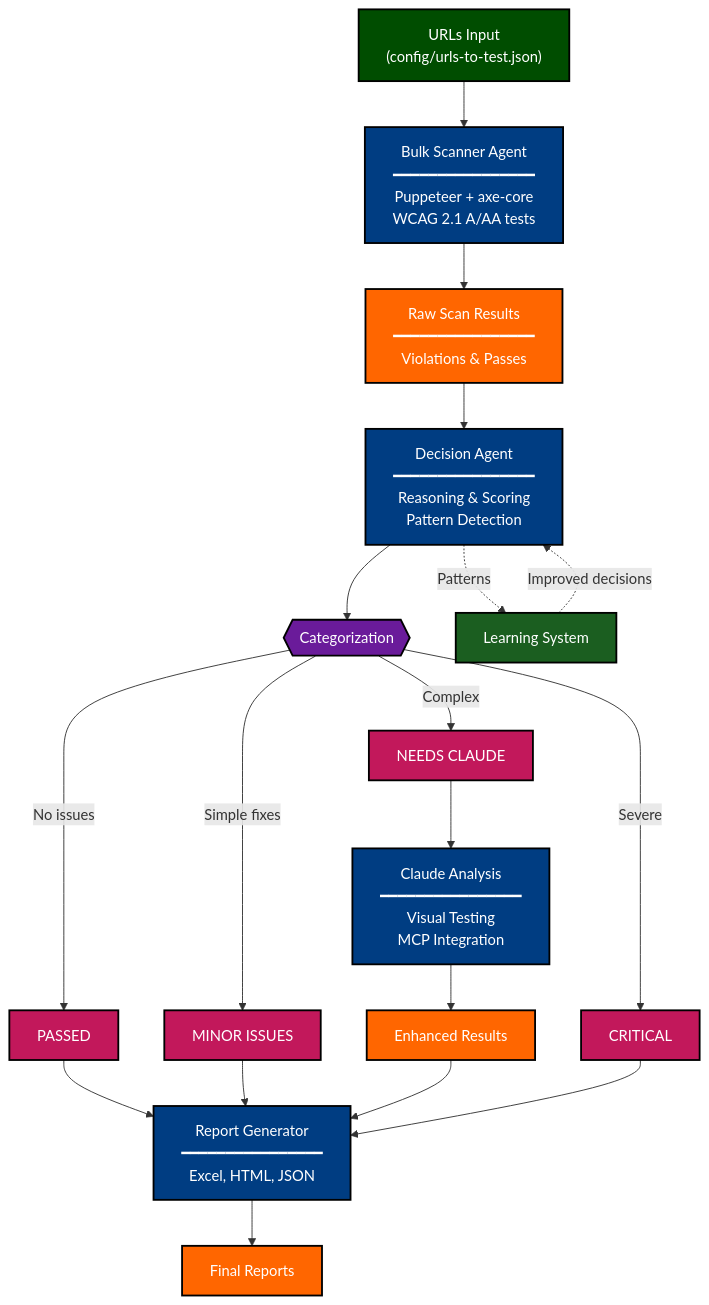
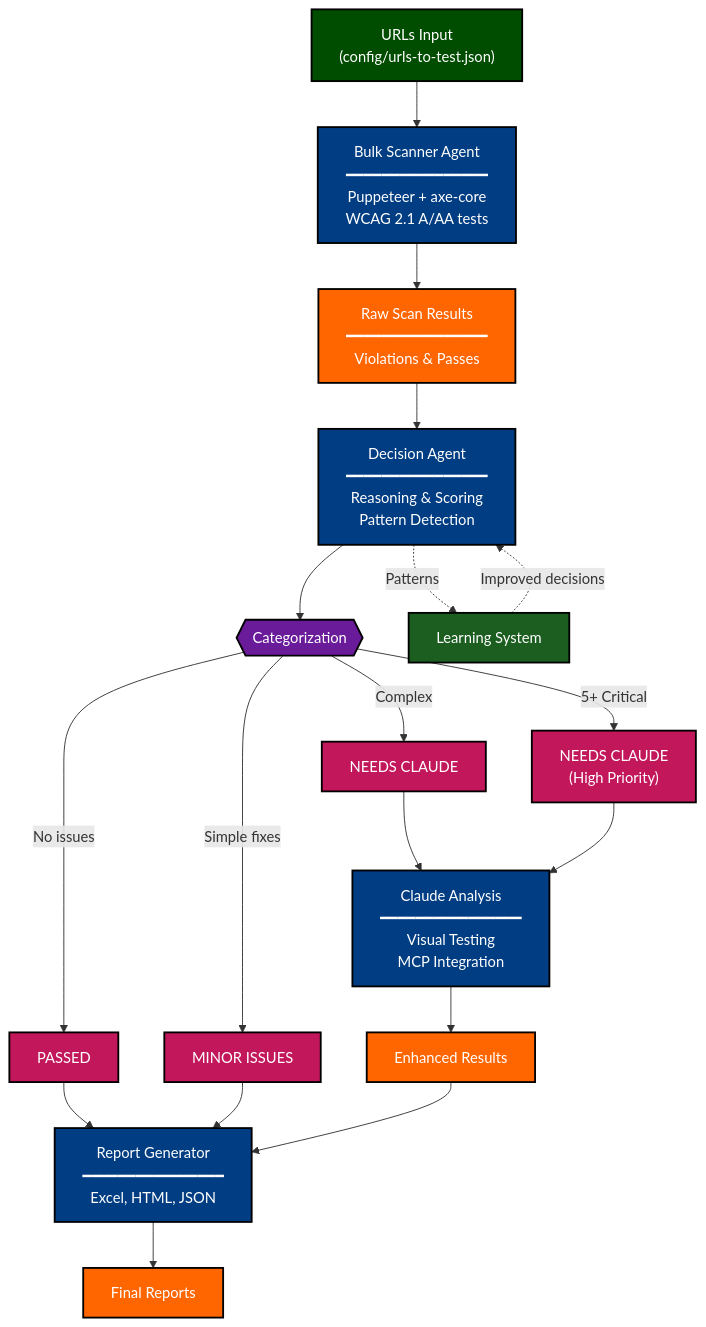
The first of 3 diagrams in WORKFLOW-DIAGRAM.md (NaomiVK/agentic_accessibility_checker), drawn with Mermaid before and after one commit. The commit also changed other lines of this file and 7 other files, not shown here.

Commit message:
updated flow and workflow

````diff
--- a/WORKFLOW-DIAGRAM.md
+++ b/WORKFLOW-DIAGRAM.md
@@ -5,54 +5,54 @@
 ```mermaid
 graph TB
     %% Input
     URLs["URLs Input<br/>(config/urls-to-test.json)"]
     
     %% Phase 1: Bulk Scanning
     URLs --> Scanner["Bulk Scanner Agent<br/>━━━━━━━━━━━━━━━━<br/>Puppeteer + axe-core<br/>WCAG 2.1 A/AA tests"]
     
     Scanner --> ScanResults["Raw Scan Results<br/>━━━━━━━━━━━━━━━━<br/>Violations & Passes"]
     
     %% Phase 2: Decision Making
     ScanResults --> Decision["Decision Agent<br/>━━━━━━━━━━━━━━━━<br/>Reasoning & Scoring<br/>Pattern Detection"]
     
     Decision --> Categories{{"Categorization"}}
     
     Categories -->|No issues| Passed["PASSED"]
     Categories -->|Simple fixes| Minor["MINOR ISSUES"]
     Categories -->|Complex| Claude["NEEDS CLAUDE"]
-    Categories -->|Severe| Critical["CRITICAL"]
+    Categories -->|5+ Critical| ClaudeHP["NEEDS CLAUDE<br/>(High Priority)"]
     
     %% Phase 3: Claude Analysis
     Claude --> ClaudeAgent["Claude Analysis<br/>━━━━━━━━━━━━━━━━<br/>Visual Testing<br/>MCP Integration"]
+    ClaudeHP --> ClaudeAgent
     
     ClaudeAgent --> Enhanced["Enhanced Results"]
     
     %% Phase 4: Reporting
     Passed --> Report
     Minor --> Report
     Enhanced --> Report
-    Critical --> Report
     
     Report["Report Generator<br/>━━━━━━━━━━━━━━━━<br/>Excel, HTML, JSON"]
     
     Report --> Outputs["Final Reports"]
     
     %% Phase 5: Learning
     Decision -.->|Patterns| Learning["Learning System"]
     Learning -.->|Improved decisions| Decision
     
     %% Styling with better contrast
     classDef input fill:#004d00,stroke:#000,stroke-width:2px,color:#fff
     classDef agent fill:#003d82,stroke:#000,stroke-width:2px,color:#fff
     classDef data fill:#ff6600,stroke:#000,stroke-width:2px,color:#fff
     classDef decision fill:#6a1b9a,stroke:#000,stroke-width:2px,color:#fff
     classDef output fill:#c2185b,stroke:#000,stroke-width:2px,color:#fff
     classDef learning fill:#1b5e20,stroke:#000,stroke-width:2px,color:#fff
     
     class URLs input
     class Scanner,Decision,ClaudeAgent,Report agent
     class ScanResults,Enhanced,Outputs data
     class Categories decision
-    class Passed,Minor,Claude,Critical output
+    class Passed,Minor,Claude,ClaudeHP output
     class Learning learning
 ```
````
